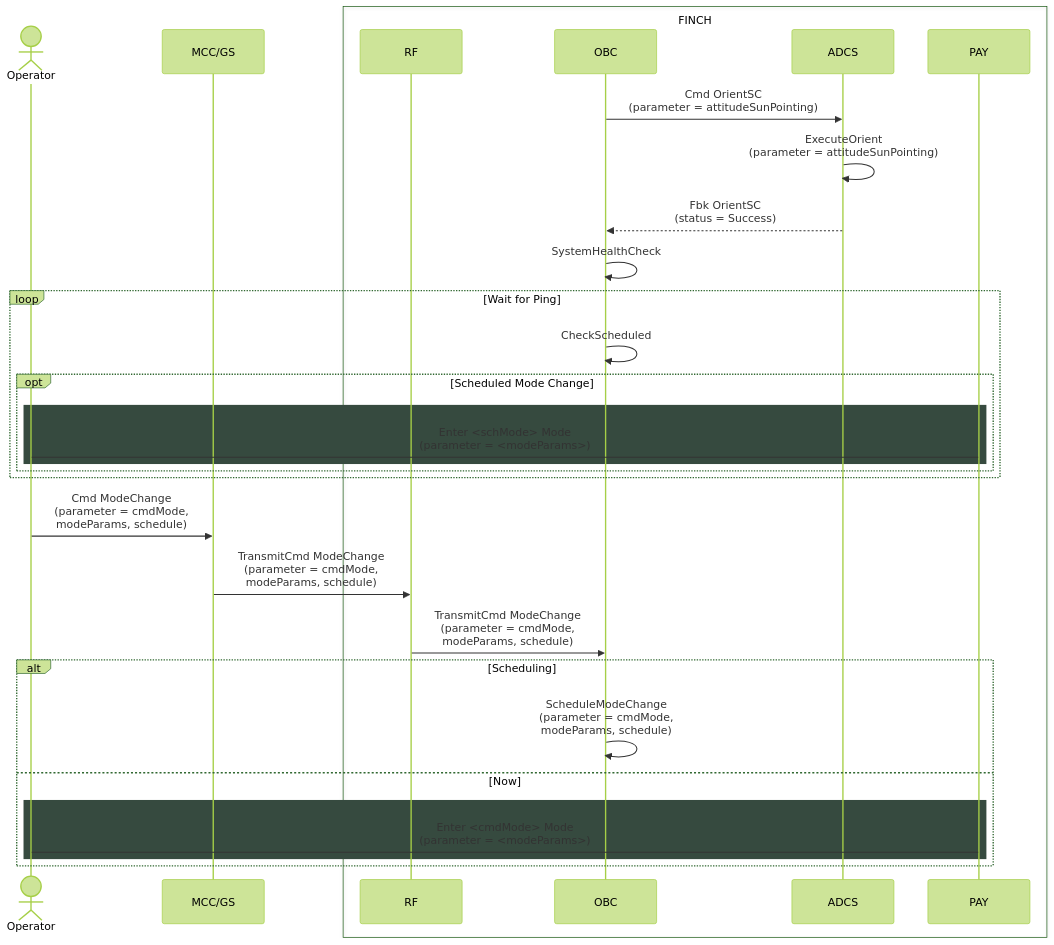
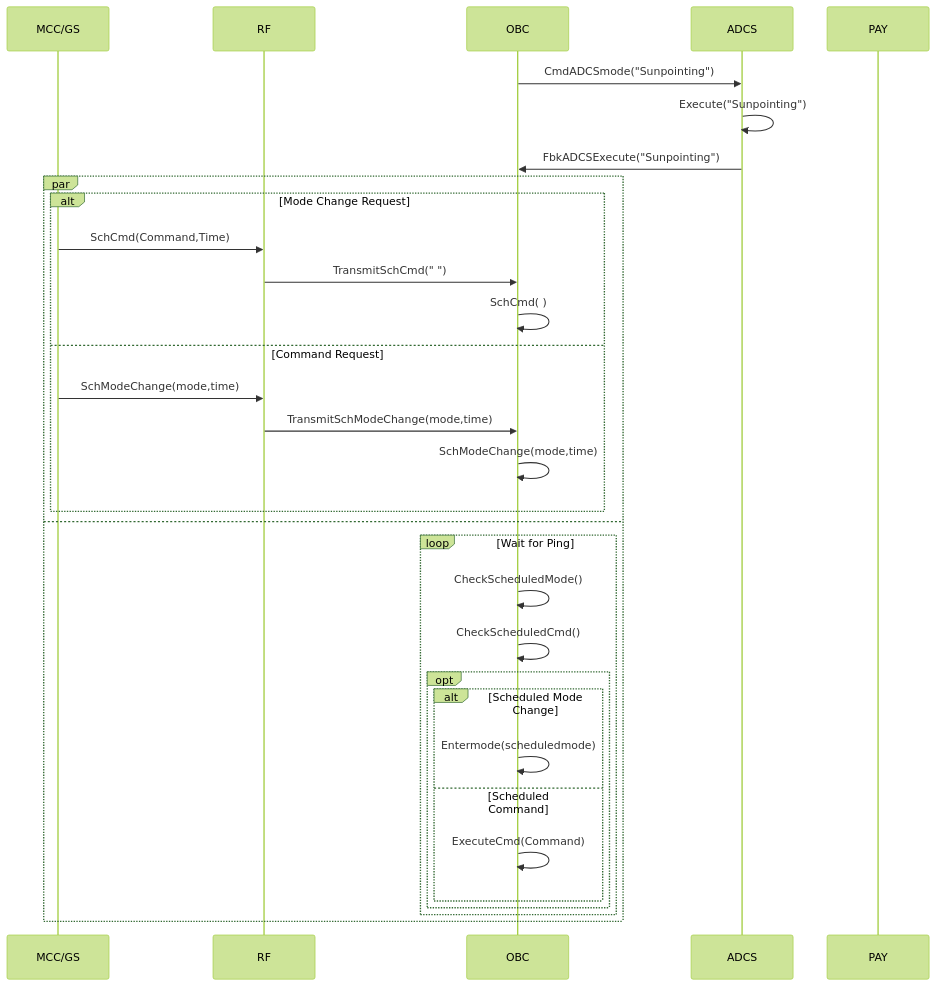
The diagram in command sequences/idle-command.md (Addy-lit/FINCH-system-architecture), drawn with Mermaid (forest theme) before and after one commit.

Commit message:
Updated idle command sequence diagram
Addison

````diff
--- a/command sequences/idle-command.md
+++ b/command sequences/idle-command.md
@@ -2,37 +2,39 @@
 ```mermaid
 sequenceDiagram
-    actor Operator
     participant MCC/GS
-    box FINCH
         participant RF
         participant OBC 
         participant ADCS
         participant PAY
-    end
 
-    OBC ->> ADCS: Cmd OrientSC <br> (parameter = attitudeSunPointing)
-    ADCS ->> ADCS: ExecuteOrient <br> (parameter = attitudeSunPointing)
-    ADCS -->> OBC: Fbk OrientSC <br> (status = Success)
-    OBC ->> OBC: SystemHealthCheck
 
-    loop Wait for Ping
-        OBC ->> OBC: CheckScheduled
-        opt Scheduled Mode Change
-            rect rgb(54,74,63)
-              	Operator -> PAY: Enter <schMode> Mode <br> (parameter = <modeParams>)
+    OBC ->> ADCS: CmdADCSmode("Sunpointing")
+    ADCS ->> ADCS: Execute("Sunpointing")
+    ADCS ->> OBC: FbkADCSExecute("Sunpointing")
+
+    par 
+        alt Mode Change Request
+            MCC/GS ->> RF: SchCmd(Command,Time)
+            RF ->> OBC: TransmitSchCmd("    ")
+            OBC ->> OBC: SchCmd(    )
+         else Command Request
+            MCC/GS ->> RF: SchModeChange(mode,time)
+            RF ->> OBC: TransmitSchModeChange(mode,time)
+            OBC ->> OBC: SchModeChange(mode,time)
+        end
+    and
+
+        loop Wait for Ping
+            OBC ->> OBC: CheckScheduledMode()
+            OBC ->> OBC: CheckScheduledCmd() 
+            opt
+                alt Scheduled Mode Change
+                     OBC ->> OBC: Entermode(scheduledmode)
+                else Scheduled Command
+                    OBC ->> OBC: ExecuteCmd(Command)
+                end
             end
         end
     end
-
-    Operator ->> MCC/GS: Cmd ModeChange <br> (parameter = cmdMode, <br> modeParams, schedule)
-    MCC/GS ->> RF: TransmitCmd ModeChange <br> (parameter = cmdMode, <br> modeParams, schedule)
-        RF ->> OBC: TransmitCmd ModeChange <br> (parameter = cmdMode, <br> modeParams, schedule)
-        alt Scheduling
-            OBC ->> OBC: ScheduleModeChange <br> (parameter = cmdMode, <br> modeParams, schedule)
-        else Now
-            rect rgb(54,74,63)
-                Operator -> PAY: Enter <cmdMode> Mode <br> (parameter = <modeParams>)
-            end
-        end
-
+ 
 ```
````
